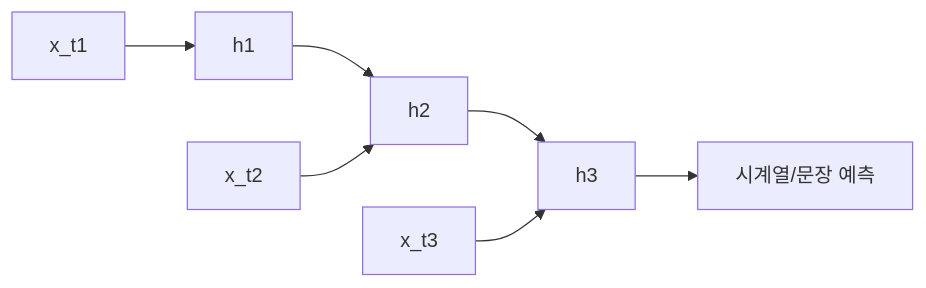
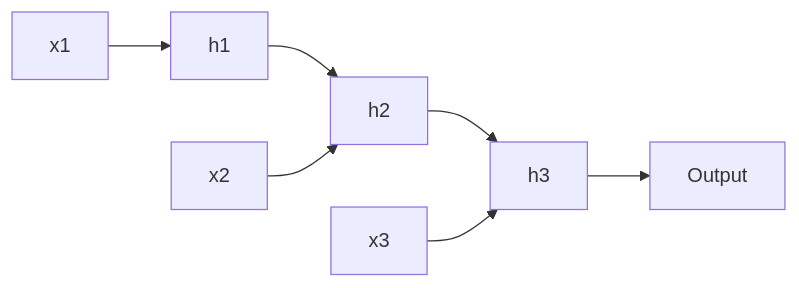
Before and after one commit to sujinchoo/Ai.build.education: the second of 2 diagrams in curriculum/week06.md, drawn with Mermaid. The commit also changed other lines of this file and 23 other files, not shown here.

````diff
--- a/curriculum/week06.md
+++ b/curriculum/week06.md
@@ -21,9 +29,9 @@
 ```mermaid
 flowchart LR
-    X1[x_t1] --> H1[h1]
+    X1[x1] --> H1[h1]
     H1 --> H2[h2]
-    X2[x_t2] --> H2
+    X2[x2] --> H2
     H2 --> H3[h3]
-    X3[x_t3] --> H3
-    H3 --> Y[시계열/문장 예측]
+    X3[x3] --> H3
+    H3 --> Y[Output]
 ```
````
